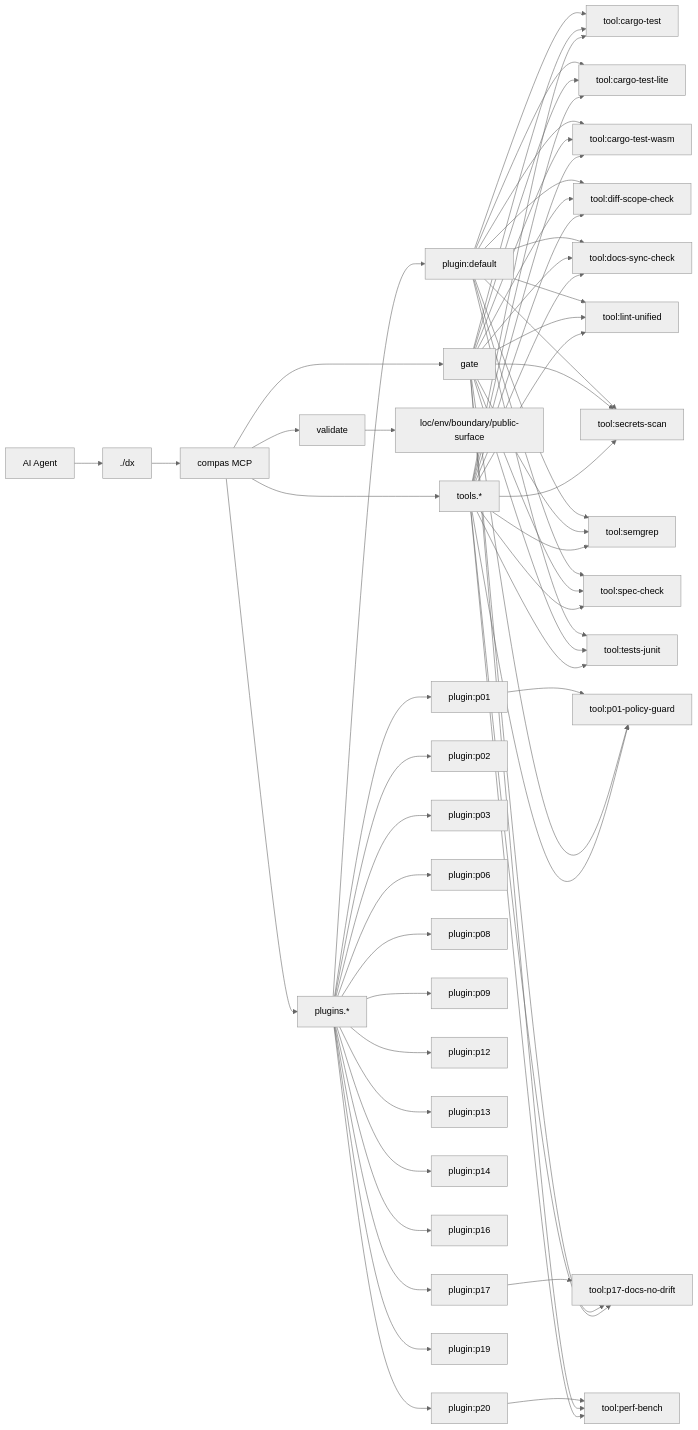
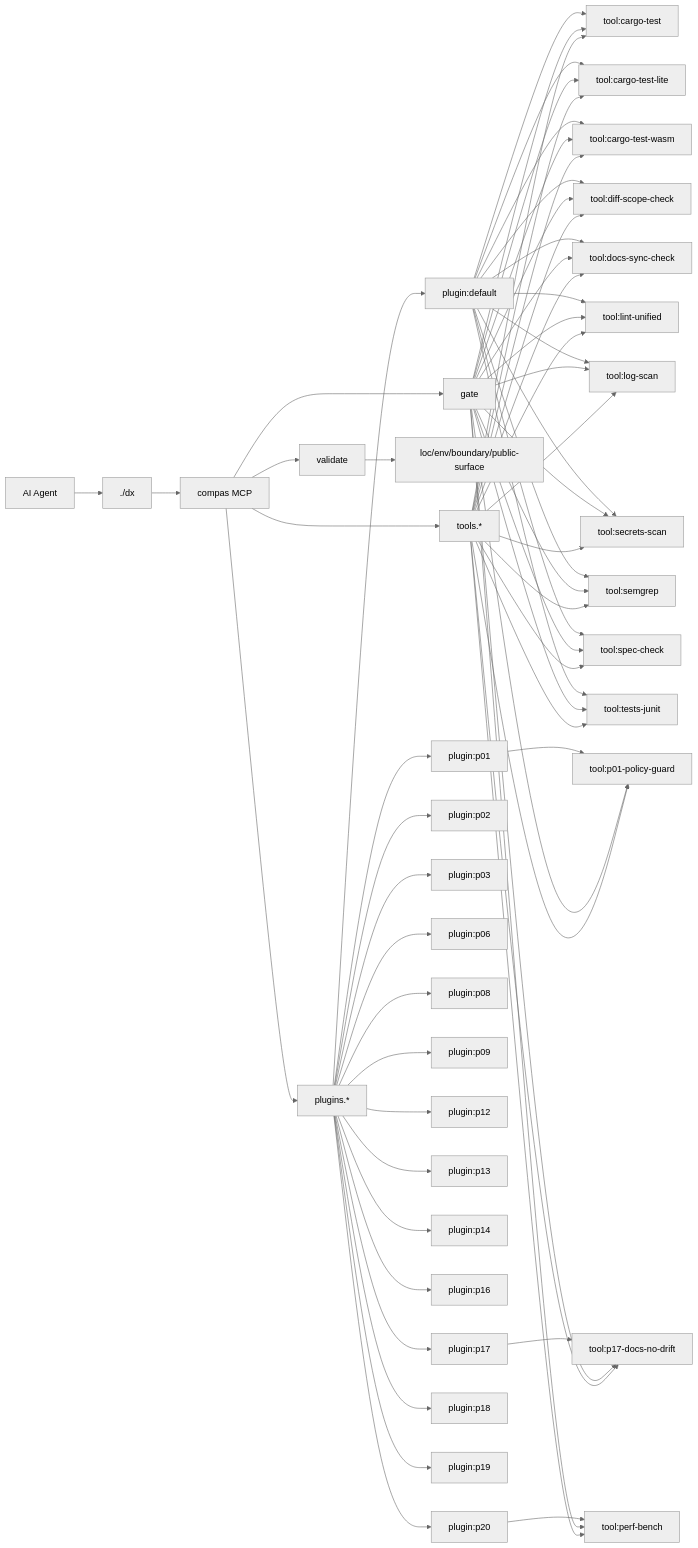
Before and after one commit to AmirTlinov/compas: the diagram in AGENTS.md, drawn with Mermaid (neutral theme). The commit also changed other lines of this file and 5 other files, not shown here.

````diff
--- a/AGENTS.md
+++ b/AGENTS.md
@@ -72,63 +74,67 @@
 ```mermaid
 flowchart LR
   Agent[AI Agent] --> DX[./dx]
   DX --> MCP[compas MCP]
   MCP --> V[validate]
   MCP --> G[gate]
   MCP --> PL[plugins.*]
   MCP --> TL[tools.*]
   V --> C1[loc/env/boundary/public-surface]
   PL --> P_default["plugin:default"]
   P_default --> T_cargo_test["tool:cargo-test"]
   G --> T_cargo_test
   P_default --> T_cargo_test_lite["tool:cargo-test-lite"]
   G --> T_cargo_test_lite
   P_default --> T_cargo_test_wasm["tool:cargo-test-wasm"]
   G --> T_cargo_test_wasm
   P_default --> T_diff_scope_check["tool:diff-scope-check"]
   G --> T_diff_scope_check
   P_default --> T_docs_sync_check["tool:docs-sync-check"]
   G --> T_docs_sync_check
   P_default --> T_lint_unified["tool:lint-unified"]
   G --> T_lint_unified
+  P_default --> T_log_scan["tool:log-scan"]
+  G --> T_log_scan
   P_default --> T_secrets_scan["tool:secrets-scan"]
   G --> T_secrets_scan
   P_default --> T_semgrep["tool:semgrep"]
   G --> T_semgrep
   P_default --> T_spec_check["tool:spec-check"]
   G --> T_spec_check
   P_default --> T_tests_junit["tool:tests-junit"]
   G --> T_tests_junit
   PL --> P_p01["plugin:p01"]
   P_p01 --> T_p01_policy_guard["tool:p01-policy-guard"]
   G --> T_p01_policy_guard
   PL --> P_p02["plugin:p02"]
   PL --> P_p03["plugin:p03"]
   PL --> P_p06["plugin:p06"]
   PL --> P_p08["plugin:p08"]
   PL --> P_p09["plugin:p09"]
   PL --> P_p12["plugin:p12"]
   PL --> P_p13["plugin:p13"]
   PL --> P_p14["plugin:p14"]
   PL --> P_p16["plugin:p16"]
   PL --> P_p17["plugin:p17"]
   P_p17 --> T_p17_docs_no_drift["tool:p17-docs-no-drift"]
   G --> T_p17_docs_no_drift
+  PL --> P_p18["plugin:p18"]
   PL --> P_p19["plugin:p19"]
   PL --> P_p20["plugin:p20"]
   P_p20 --> T_perf_bench["tool:perf-bench"]
   G --> T_perf_bench
   TL --> T_cargo_test
   TL --> T_cargo_test_lite
   TL --> T_cargo_test_wasm
   TL --> T_diff_scope_check
   TL --> T_docs_sync_check
   TL --> T_lint_unified
+  TL --> T_log_scan
   TL --> T_p01_policy_guard
   TL --> T_p17_docs_no_drift
   TL --> T_perf_bench
   TL --> T_secrets_scan
   TL --> T_semgrep
   TL --> T_spec_check
   TL --> T_tests_junit
 ```
````
